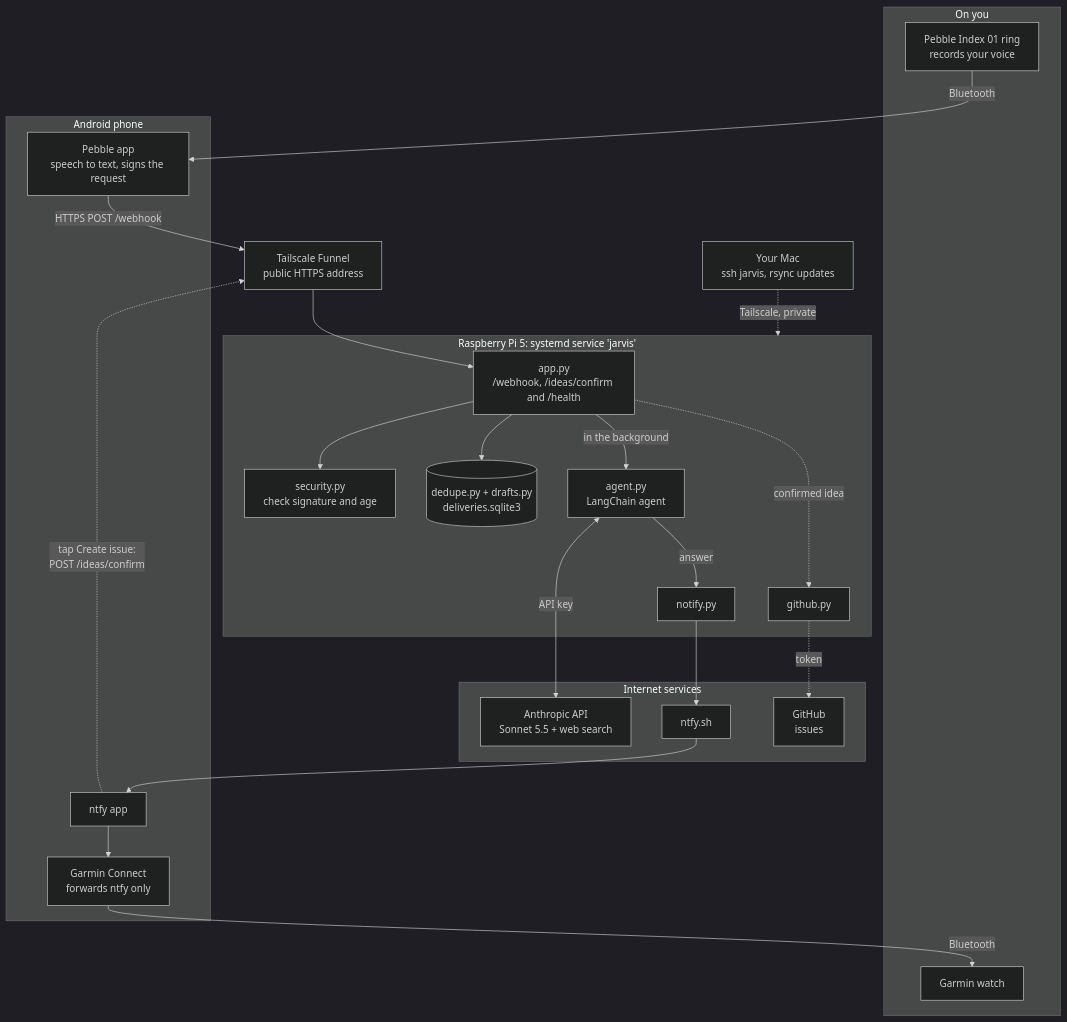
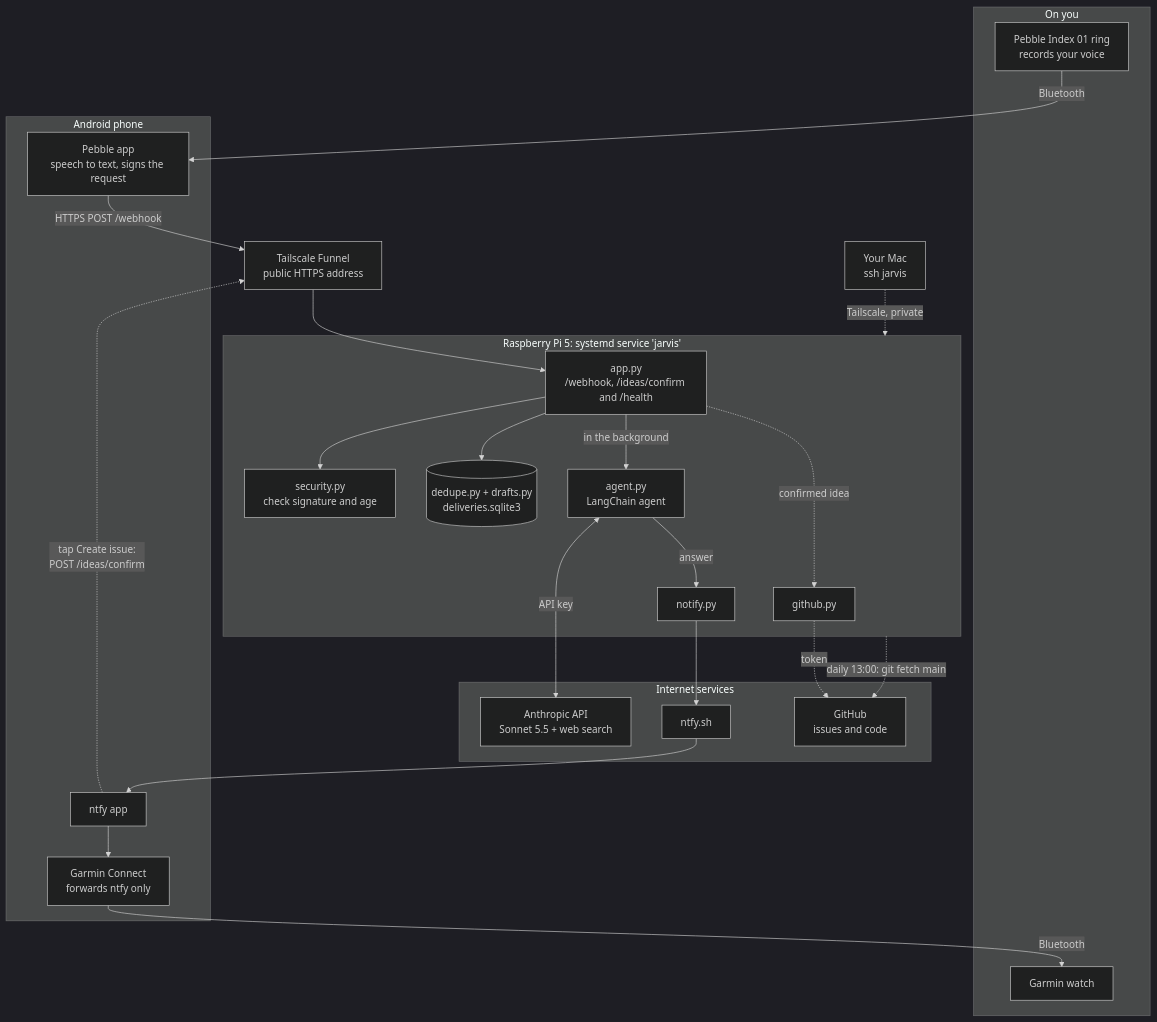
The diagram in README.md (jcbanos/Jarvis2.0), drawn with Mermaid (dark theme) before and after one commit. The commit also changed other lines of this file and 7 other files, not shown here.

````diff
--- a/README.md
+++ b/README.md
@@ -29,49 +29,50 @@
 ```mermaid
 flowchart TB
     subgraph body["On you"]
         Ring["Pebble Index 01 ring<br/>records your voice"]
         Watch["Garmin watch"]
     end
 
     subgraph phone["Android phone"]
         PebbleApp["Pebble app<br/>speech to text, signs the request"]
         NtfyApp["ntfy app"]
         GarminConnect["Garmin Connect<br/>forwards ntfy only"]
     end
 
     Funnel["Tailscale Funnel<br/>public HTTPS address"]
 
     subgraph pi["Raspberry Pi 5: systemd service 'jarvis'"]
         App["app.py<br/>/webhook, /ideas/confirm and /health"]
         Security["security.py<br/>check signature and age"]
         Dedupe[("dedupe.py + drafts.py<br/>deliveries.sqlite3")]
         Agent["agent.py<br/>LangChain agent"]
         Notify["notify.py"]
         GitHubPy["github.py"]
     end
 
     subgraph cloud["Internet services"]
         Claude["Anthropic API<br/>Sonnet 5.5 + web search"]
         Ntfy["ntfy.sh"]
-        GitHub["GitHub<br/>issues"]
+        GitHub["GitHub<br/>issues and code"]
     end
 
-    Mac["Your Mac<br/>ssh jarvis, rsync updates"]
+    Mac["Your Mac<br/>ssh jarvis"]
 
     Ring -->|Bluetooth| PebbleApp
     PebbleApp -->|"HTTPS POST /webhook"| Funnel
     Funnel --> App
     App --> Security
     App --> Dedupe
     App -->|"in the background"| Agent
     Agent <-->|"API key"| Claude
     Agent -->|answer| Notify
     Notify --> Ntfy
     Ntfy --> NtfyApp
     NtfyApp --> GarminConnect
     GarminConnect -->|Bluetooth| Watch
     NtfyApp -.->|"tap Create issue:<br/>POST /ideas/confirm"| Funnel
     App -.->|confirmed idea| GitHubPy
     GitHubPy -.->|token| GitHub
     Mac -.->|"Tailscale, private"| pi
+    pi -.->|"daily 13:00: git fetch main"| GitHub
 ```
````
